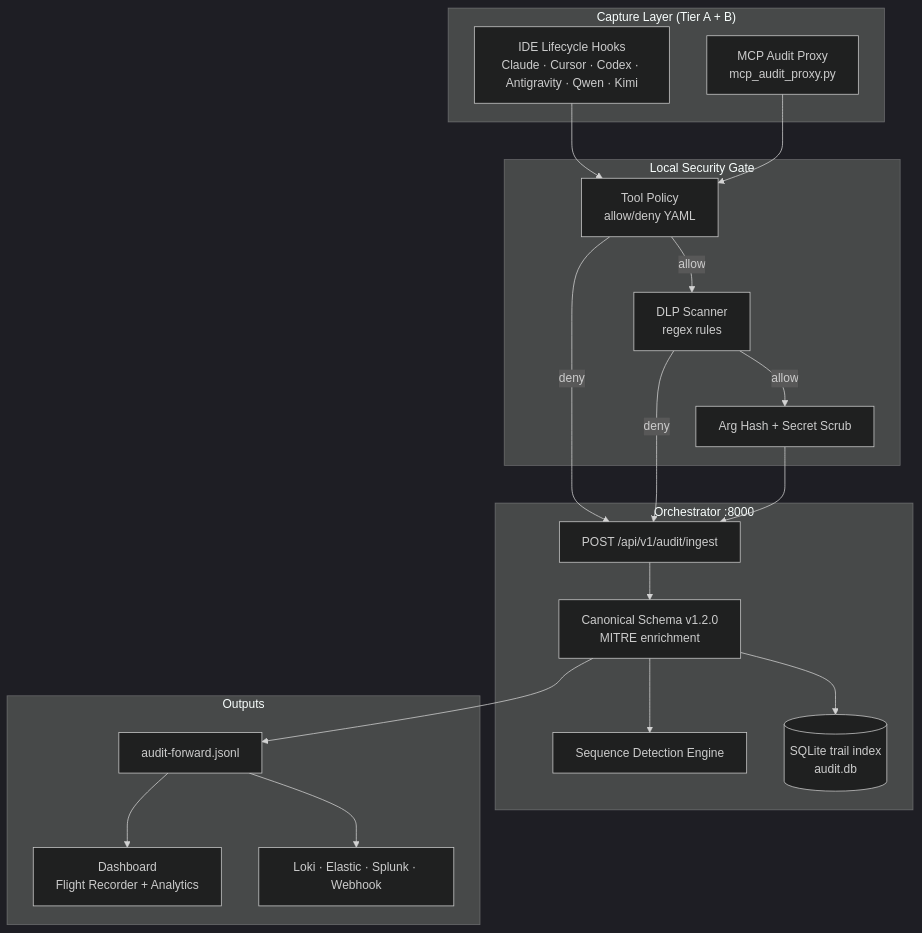
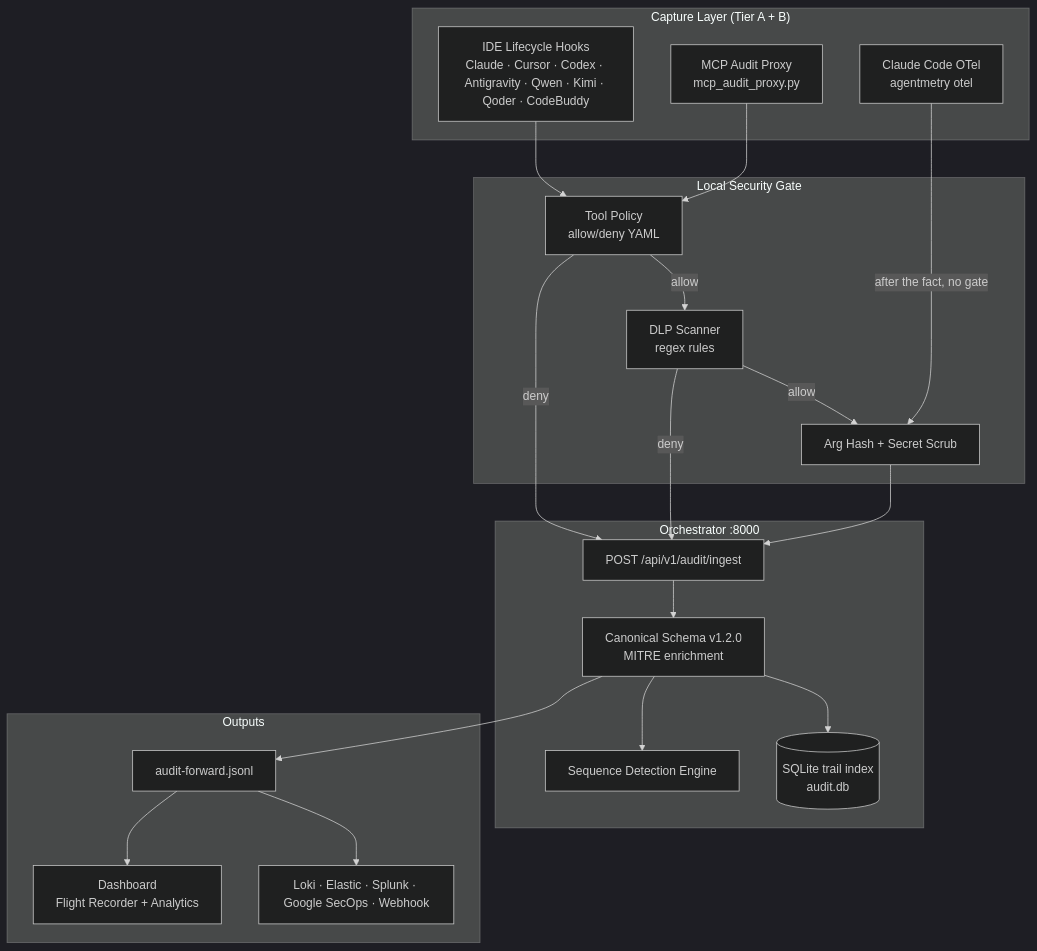
Before and after one commit to blitzcrieg1/agentmetry: the first of 3 diagrams in README.md, drawn with Mermaid (dark theme). The commit also changed other lines of this file and 3 other files, not shown here.

First line of the commit message:
docs: the README, roadmap and working notes say what the code does

````diff
--- a/README.md
+++ b/README.md
@@ -294,40 +296,42 @@
 ```mermaid
 flowchart TB
   subgraph Capture["Capture Layer (Tier A + B)"]
-    HOOKS["IDE Lifecycle Hooks<br/>Claude · Cursor · Codex · Antigravity · Qwen · Kimi"]
+    HOOKS["IDE Lifecycle Hooks<br/>Claude · Cursor · Codex · Antigravity · Qwen · Kimi · Qoder · CodeBuddy"]
     PROXY["MCP Audit Proxy<br/>mcp_audit_proxy.py"]
+    OTEL["Claude Code OTel<br/>agentmetry otel"]
   end
 
   subgraph Gate["Local Security Gate"]
     POLICY["Tool Policy<br/>allow/deny YAML"]
     DLP["DLP Scanner<br/>regex rules"]
     HASH["Arg Hash + Secret Scrub"]
   end
 
   subgraph Core["Orchestrator :8000"]
     INGEST["POST /api/v1/audit/ingest"]
     CANON["Canonical Schema v1.2.0<br/>MITRE enrichment"]
     DETECT["Sequence Detection Engine"]
     TRAILDB[("SQLite trail index<br/>audit.db")]
   end
 
   subgraph Output["Outputs"]
     JSONL["audit-forward.jsonl"]
     DASH["Dashboard<br/>Flight Recorder + Analytics"]
-    SIEM["Loki · Elastic · Splunk · Webhook"]
+    SIEM["Loki · Elastic · Splunk · Google SecOps · Webhook"]
   end
 
   HOOKS --> POLICY
   PROXY --> POLICY
   POLICY -->|allow| DLP
   POLICY -->|deny| INGEST
   DLP -->|allow| HASH
   DLP -->|deny| INGEST
   HASH --> INGEST
+  OTEL -->|after the fact, no gate| HASH
   INGEST --> CANON
   CANON --> TRAILDB
   CANON --> JSONL
   CANON --> DETECT
   JSONL --> DASH
   JSONL --> SIEM
 ```
````
